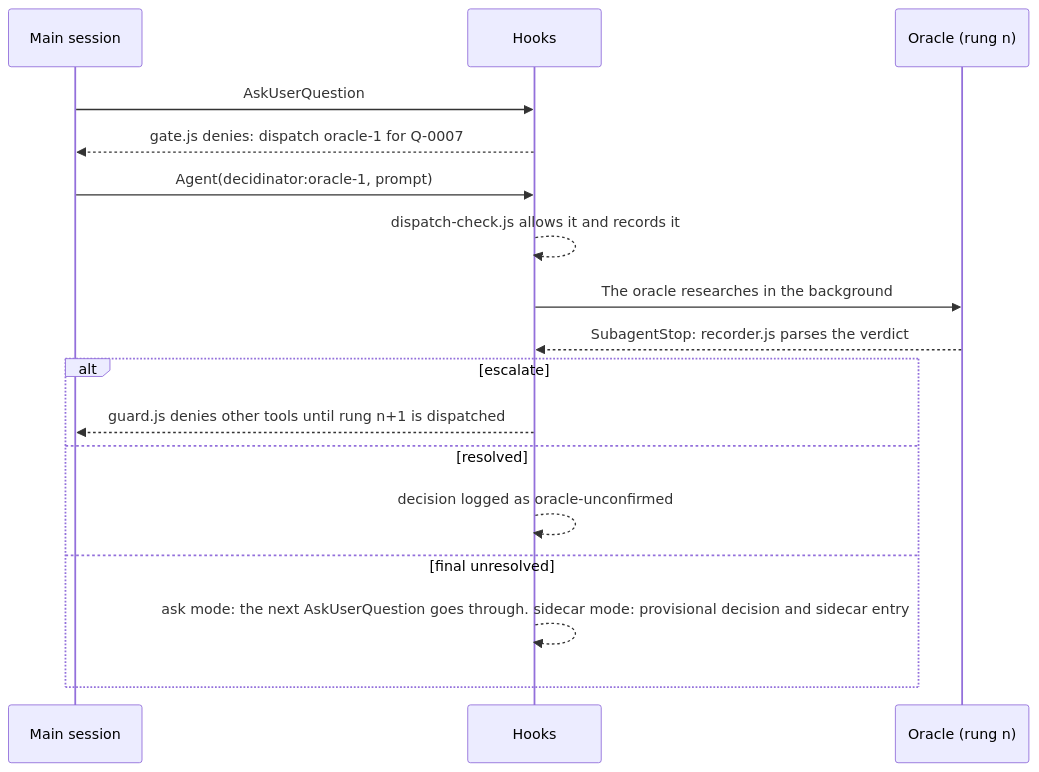
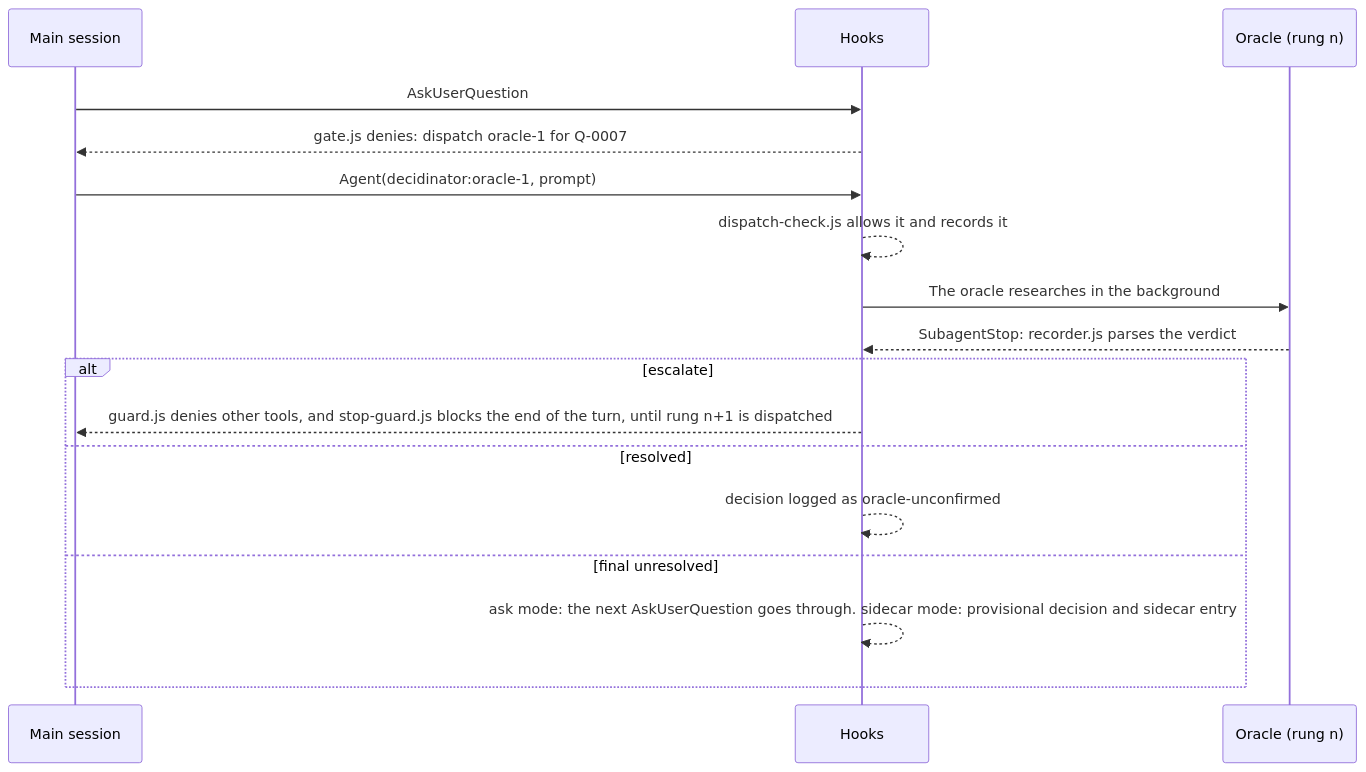
The diagram in docs/decidinator/decidinator-reference.md (timschreiber/claude-plugins), drawn with Mermaid before and after one commit. The commit also changed other lines of this file and 2 other files, not shown here.

First line of the commit message:
Decidinator docs: reference, README and plugin CLAUDE.md describe the stop guard

````diff
--- a/docs/decidinator/decidinator-reference.md
+++ b/docs/decidinator/decidinator-reference.md
@@ -107,19 +108,19 @@
 ```mermaid
 sequenceDiagram
     participant M as Main session
     participant H as Hooks
     participant O as Oracle (rung n)
     M->>H: AskUserQuestion
     H-->>M: gate.js denies: dispatch oracle-1 for Q-0007
     M->>H: Agent(decidinator:oracle-1, prompt)
     H-->>H: dispatch-check.js allows it and records it
     H->>O: The oracle researches in the background
     O-->>H: SubagentStop: recorder.js parses the verdict
     alt escalate
-        H-->>M: guard.js denies other tools until rung n+1 is dispatched
+        H-->>M: guard.js denies other tools, and stop-guard.js blocks the end of the turn, until rung n+1 is dispatched
     else resolved
         H-->>H: decision logged as oracle-unconfirmed
     else final unresolved
         H-->>H: ask mode: the next AskUserQuestion goes through. sidecar mode: provisional decision and sidecar entry
     end
 ```
````
